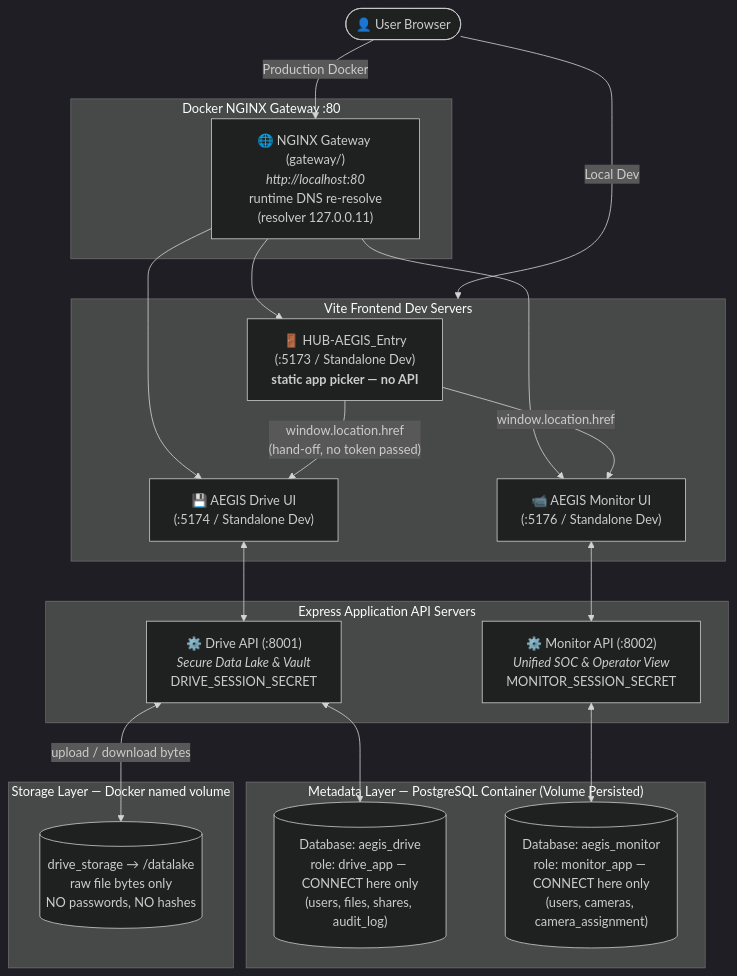
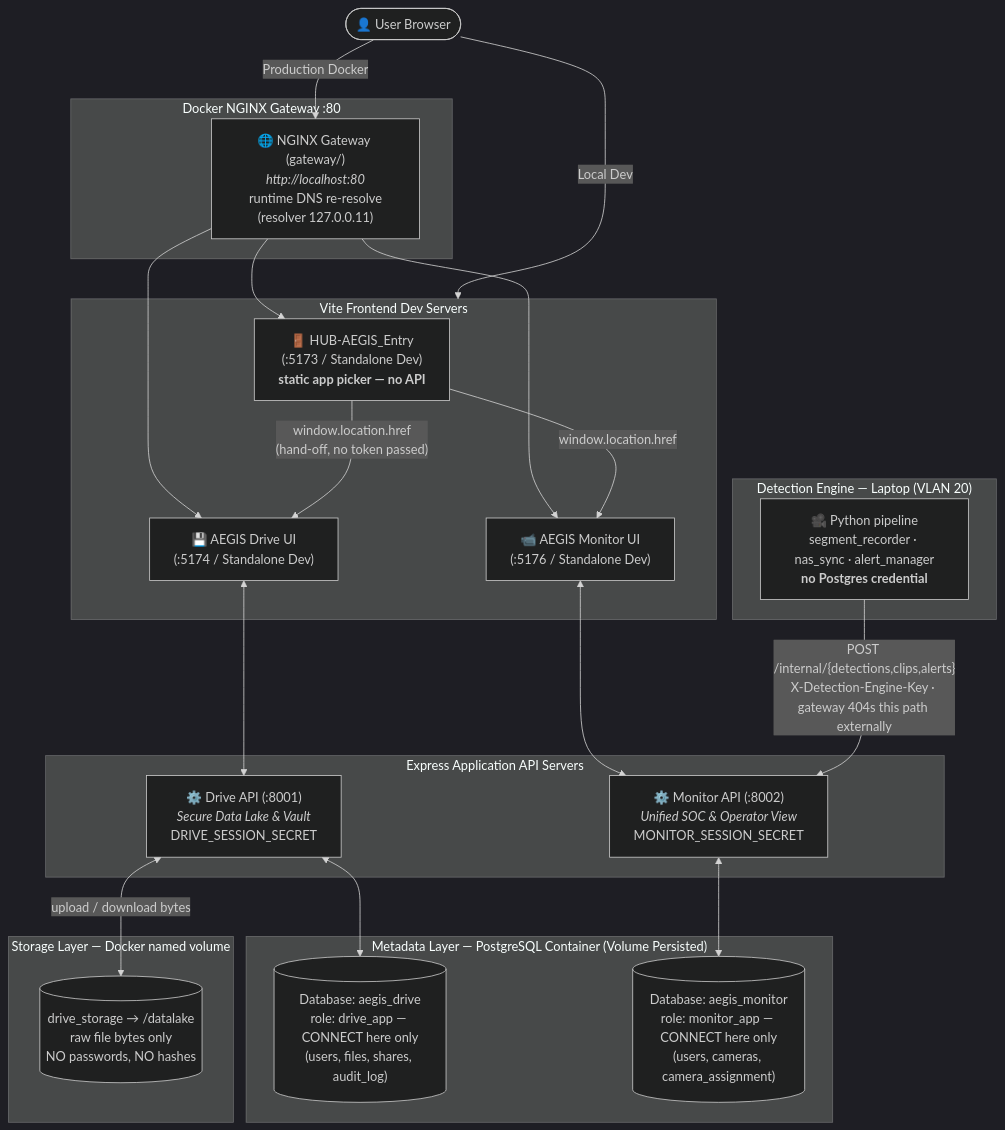
The diagram in Obsidian_AEGIS_Vault/AEGIS_Knowledge/00 - 🗺️ AEGIS System Overview.md (kraveerachat/Project-End-The-AEGIS), drawn with Mermaid (dark theme) before and after one commit. The commit also changed other lines of this file and 3 other files, not shown here.

First line of the commit message:
docs(vault): sync knowledge base for /monitor routing fix + ingest guard

````diff
--- a/Obsidian_AEGIS_Vault/AEGIS_Knowledge/00 - 🗺️ AEGIS System Overview.md
+++ b/Obsidian_AEGIS_Vault/AEGIS_Knowledge/00 - 🗺️ AEGIS System Overview.md
@@ -18,43 +18,49 @@
 ```mermaid
 flowchart TD
     User([👤 User Browser])
 
     subgraph DockerGateway [Docker NGINX Gateway :80]
         NGINX["🌐 NGINX Gateway (gateway/)<br/><i>http://localhost:80</i><br/>runtime DNS re-resolve<br/>(resolver 127.0.0.11)"]
     end
 
     subgraph Frontends [Vite Frontend Dev Servers]
         HUB_UI["🚪 HUB-AEGIS_Entry<br/>(:5173 / Standalone Dev)<br/><b>static app picker — no API</b>"]
         DRIVE_UI["💾 AEGIS Drive UI<br/>(:5174 / Standalone Dev)"]
         MONITOR_UI["📹 AEGIS Monitor UI<br/>(:5176 / Standalone Dev)"]
     end
 
     subgraph Backends [Express Application API Servers]
         DRIVE_API["⚙️ Drive API (:8001)<br/><i>Secure Data Lake & Vault</i><br/>DRIVE_SESSION_SECRET"]
         MONITOR_API["⚙️ Monitor API (:8002)<br/><i>Unified SOC & Operator View</i><br/>MONITOR_SESSION_SECRET"]
     end
 
     subgraph MetaLayer ["Metadata Layer — PostgreSQL Container (Volume Persisted)"]
         DB_DRIVE[("Database: aegis_drive<br/>role: drive_app — CONNECT here only<br/>(users, files, shares, audit_log)")]
         DB_MONITOR[("Database: aegis_monitor<br/>role: monitor_app — CONNECT here only<br/>(users, cameras, camera_assignment)")]
     end
 
     subgraph StoreLayer ["Storage Layer — Docker named volume"]
         VOL_DRIVE[("drive_storage → /datalake<br/>raw file bytes only<br/>NO passwords, NO hashes")]
     end
 
+    subgraph EdgeNode ["Detection Engine — Laptop (VLAN 20)"]
+        DE["🎥 Python pipeline<br/>segment_recorder · nas_sync · alert_manager<br/><b>no Postgres credential</b>"]
+    end
+
     User -->|Local Dev| Frontends
     User -->|Production Docker| NGINX
     NGINX --> HUB_UI
     NGINX --> DRIVE_UI
     NGINX --> MONITOR_UI
 
     HUB_UI -->|"window.location.href<br/>(hand-off, no token passed)"| DRIVE_UI
     HUB_UI -->|"window.location.href"| MONITOR_UI
     DRIVE_UI <--> DRIVE_API
     MONITOR_UI <--> MONITOR_API
 
     DRIVE_API <--> DB_DRIVE
     MONITOR_API <--> DB_MONITOR
     DRIVE_API <-->|"upload / download bytes"| VOL_DRIVE
+
+    DE -->|"POST /internal/{detections,clips,alerts}<br/>X-Detection-Engine-Key · gateway 404s this path externally"| MONITOR_API
 ```
````
